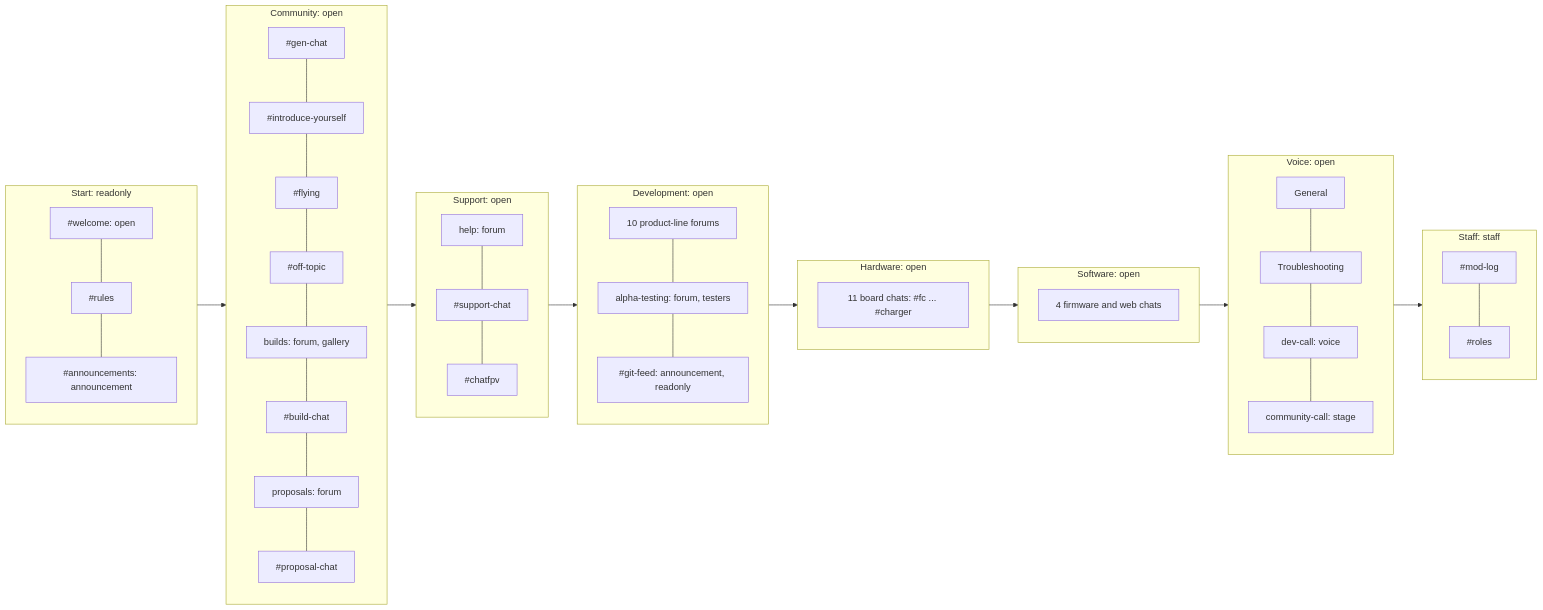
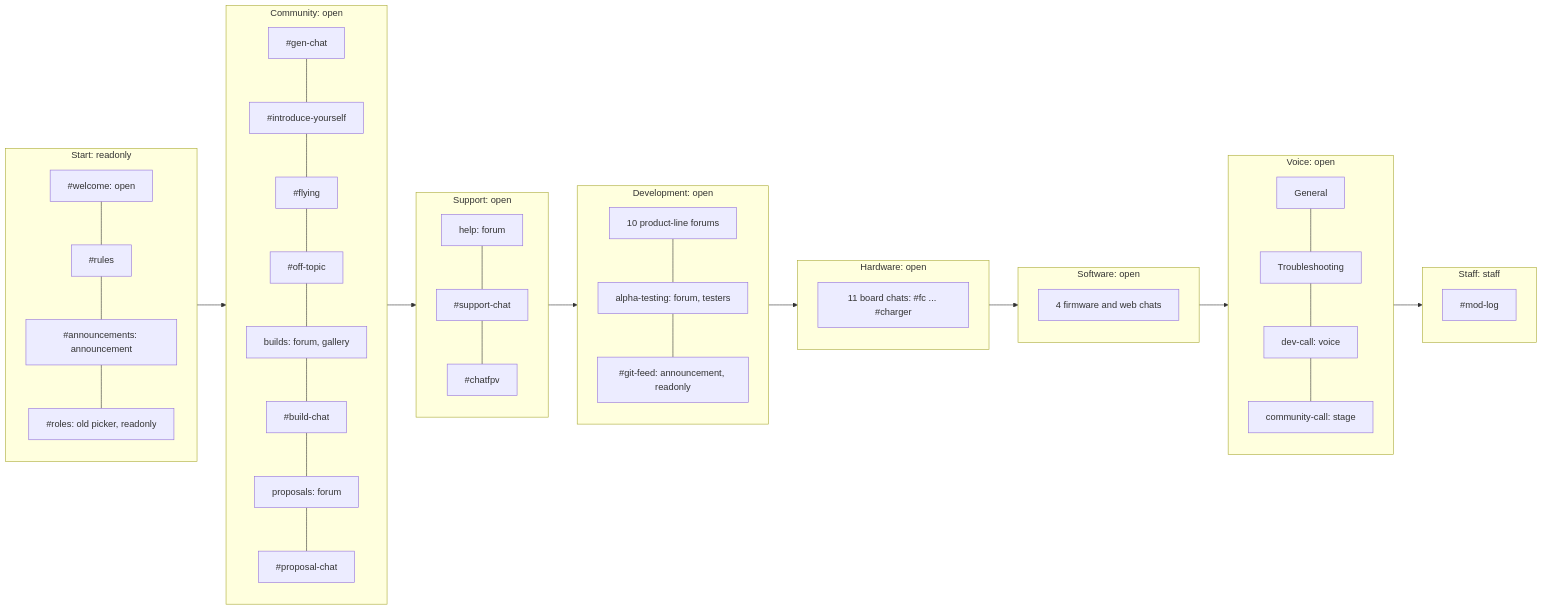
One commit to OpenDrone-hw/discord changed the second of 4 diagrams in README.md. Above: the diagram before and after it, drawn with Mermaid. The commit also changed other lines of this file and 2 other files, not shown here.

Commit message:
Keep #roles readable in Start while the Server Guide links it (#17)
Applying #16 failed on #roles: Discord answered 350003 "Onboarding channels
must be readable by everyone" because the live Server Guide still has a
to-do pointing at it. #roles stays read-only in Start until the guide is
updated by hand.

````diff
--- a/README.md
+++ b/README.md
@@ -26,36 +26,36 @@
 ```mermaid
 flowchart LR
   subgraph Start["Start: readonly"]
     direction TB
-    welcome["#welcome: open"] --- rules["#rules"] --- ann["#announcements: announcement"]
+    welcome["#welcome: open"] --- rules["#rules"] --- ann["#announcements: announcement"] --- roles["#roles: old picker, readonly"]
   end
   subgraph Community["Community: open"]
     direction TB
     gen["#gen-chat"] --- intro["#introduce-yourself"] --- flying["#flying"] --- off["#off-topic"] --- builds["builds: forum, gallery"] --- bchat["#build-chat"] --- props["proposals: forum"] --- pchat["#proposal-chat"]
   end
   subgraph Support["Support: open"]
     direction TB
     help["help: forum"] --- schat["#support-chat"] --- chatfpv["#chatfpv"]
   end
   subgraph Development["Development: open"]
     direction TB
     dev["10 product-line forums"] --- alpha["alpha-testing: forum, testers"] --- feed["#git-feed: announcement, readonly"]
   end
   subgraph Hardware["Hardware: open"]
     direction TB
     hw["11 board chats: #fc ... #charger"]
   end
   subgraph Software["Software: open"]
     direction TB
     sw["4 firmware and web chats"]
   end
   subgraph Voice["Voice: open"]
     direction TB
     gv["General"] --- tv["Troubleshooting"] --- dc["dev-call: voice"] --- cc["community-call: stage"]
   end
   subgraph Staff["Staff: staff"]
     direction TB
-    modlog["#mod-log"] --- roles["#roles"]
+    modlog["#mod-log"]
   end
   Start --> Community --> Support --> Development --> Hardware --> Software --> Voice --> Staff
 ```
````
